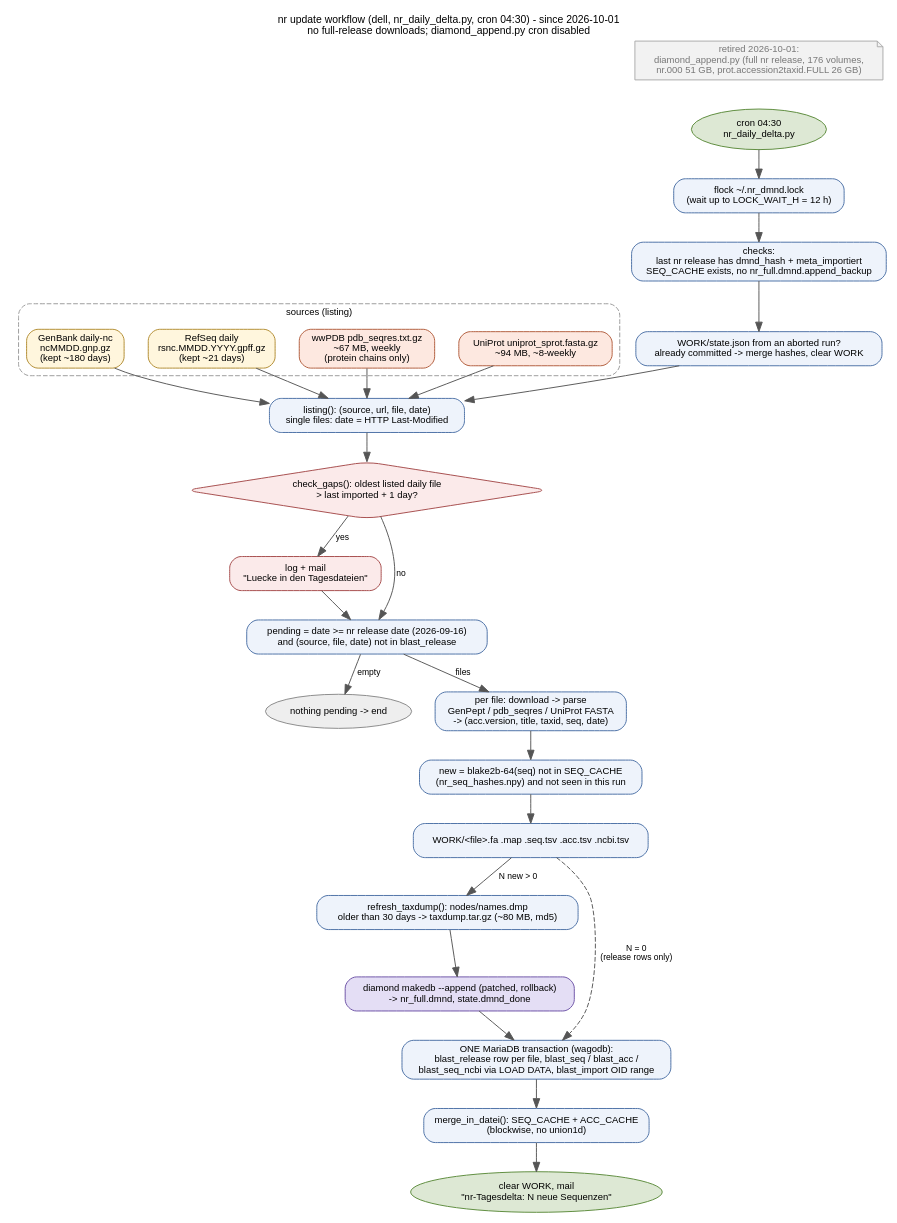
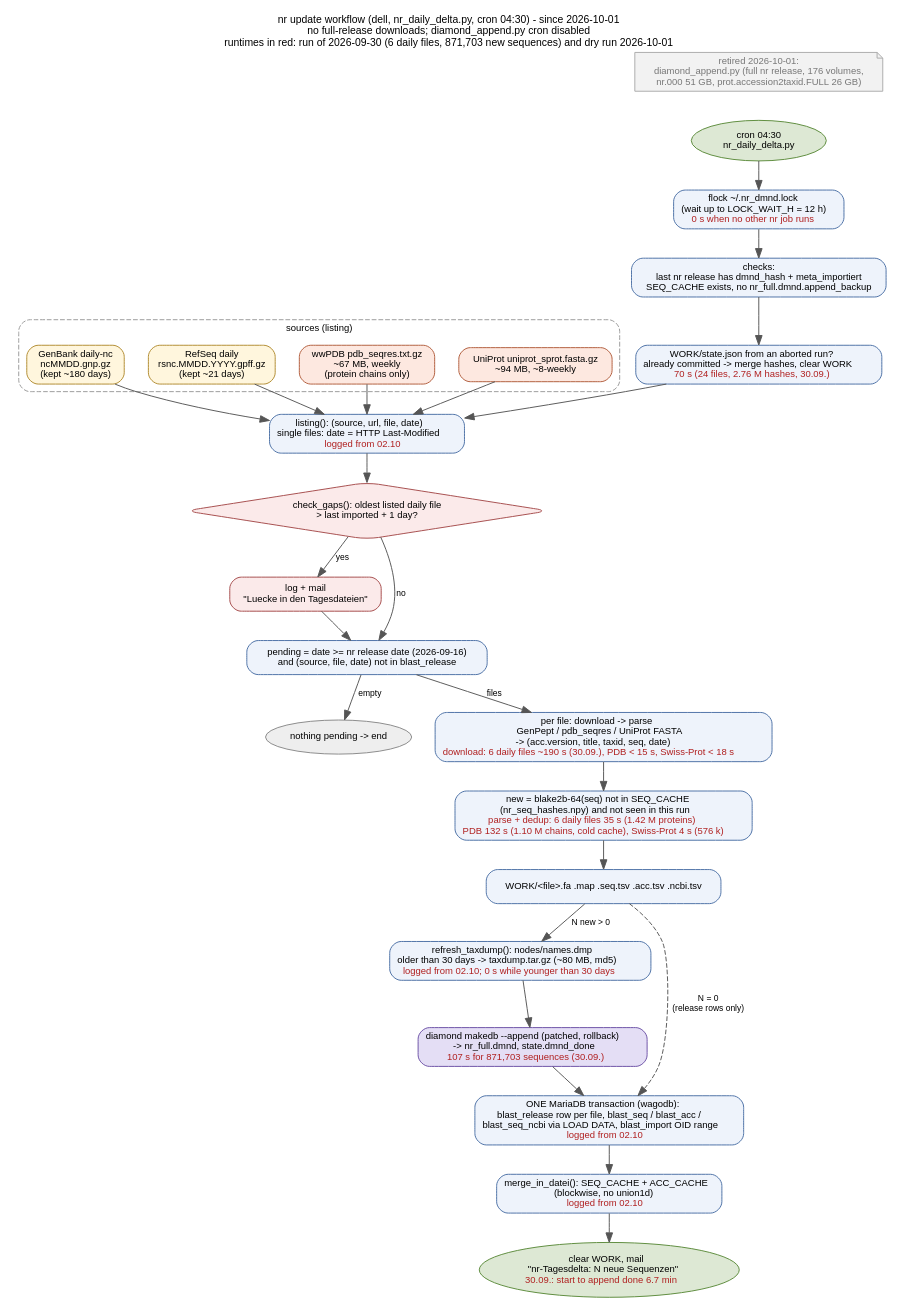
The diagram in doc/append_workflow.dot (gerontec/blastDiamond), drawn with Graphviz before and after one commit. The commit also changed 7 other files, not shown here.

First line of the commit message:
examples: rep_newseq.py (new spike sequences, 90 days) with per-step runtimes; runtimes in the update chart

```diff
--- a/doc/append_workflow.dot
+++ b/doc/append_workflow.dot
@@ -1,53 +1,55 @@
 // nr update workflow since 2026-10-01: nr_daily_delta.py only (diamond_append.py retired)
+// runtimes: last complete run 2026-09-30 (6 daily files, 1.42 M proteins, 871,703 new) and the
+// dry run of the new sources on 2026-10-01; "logged from 02.10" = step timing added 2026-10-01
 // render: dot -Tpdf append_workflow.dot -o append_workflow.pdf
 digraph append_workflow {
     graph [rankdir=TB, fontname="Helvetica", fontsize=11, nodesep=0.35, ranksep=0.4,
-           label="nr update workflow (dell, nr_daily_delta.py, cron 04:30) - since 2026-10-01\nno full-release downloads; diamond_append.py cron disabled", labelloc=t];
+           label="nr update workflow (dell, nr_daily_delta.py, cron 04:30) - since 2026-10-01\nno full-release downloads; diamond_append.py cron disabled\nruntimes in red: run of 2026-09-30 (6 daily files, 871,703 new sequences) and dry run 2026-10-01", labelloc=t];
     node  [fontname="Helvetica", fontsize=10, shape=box, style="rounded,filled", fillcolor="#eef3fb", color="#4a6fa5"];
     edge  [fontname="Helvetica", fontsize=9, color="#555555"];
 
     cron   [label="cron 04:30\nnr_daily_delta.py", shape=oval, fillcolor="#dde8d4", color="#5a8a3a"];
-    lock   [label="flock ~/.nr_dmnd.lock\n(wait up to LOCK_WAIT_H = 12 h)"];
+    lock   [label=<flock ~/.nr_dmnd.lock<br/>(wait up to LOCK_WAIT_H = 12 h)<br/><font color="#b02020">0 s when no other nr job runs</font>>];
     pre    [label="checks:\nlast nr release has dmnd_hash + meta_importiert\nSEQ_CACHE exists, no nr_full.dmnd.append_backup"];
-    resume [label="WORK/state.json from an aborted run?\nalready committed -> merge hashes, clear WORK"];
+    resume [label=<WORK/state.json from an aborted run?<br/>already committed -&gt; merge hashes, clear WORK<br/><font color="#b02020">70 s (24 files, 2.76 M hashes, 30.09.)</font>>];
 
     subgraph cluster_src {
         label="sources (listing)"; fontsize=10; style="rounded,dashed"; color="#999999";
         gb  [label="GenBank daily-nc\nncMMDD.gnp.gz\n(kept ~180 days)", fillcolor="#fff6dd", color="#b08a2e"];
         rs  [label="RefSeq daily\nrsnc.MMDD.YYYY.gpff.gz\n(kept ~21 days)", fillcolor="#fff6dd", color="#b08a2e"];
         pdb [label="wwPDB pdb_seqres.txt.gz\n~67 MB, weekly\n(protein chains only)", fillcolor="#fde8e0", color="#b05a3a"];
         sp  [label="UniProt uniprot_sprot.fasta.gz\n~94 MB, ~8-weekly", fillcolor="#fde8e0", color="#b05a3a"];
     }
 
-    listing [label="listing(): (source, url, file, date)\nsingle files: date = HTTP Last-Modified"];
+    listing [label=<listing(): (source, url, file, date)<br/>single files: date = HTTP Last-Modified<br/><font color="#b02020">logged from 02.10</font>>];
     gaps    [label="check_gaps(): oldest listed daily file\n> last imported + 1 day?", shape=diamond, fillcolor="#fbeaea", color="#a54a4a"];
     gapmail [label="log + mail\n\"Luecke in den Tagesdateien\"", fillcolor="#fbeaea", color="#a54a4a"];
     pending [label="pending = date >= nr release date (2026-09-16)\nand (source, file, date) not in blast_release"];
     none    [label="nothing pending -> end", shape=oval, fillcolor="#eeeeee", color="#888888"];
 
-    perfile [label="per file: download -> parse\nGenPept / pdb_seqres / UniProt FASTA\n-> (acc.version, title, taxid, seq, date)"];
-    dedup   [label="new = blake2b-64(seq) not in SEQ_CACHE\n(nr_seq_hashes.npy) and not seen in this run"];
+    perfile [label=<per file: download -&gt; parse<br/>GenPept / pdb_seqres / UniProt FASTA<br/>-&gt; (acc.version, title, taxid, seq, date)<br/><font color="#b02020">download: 6 daily files ~190 s (30.09.), PDB &lt; 15 s, Swiss-Prot &lt; 18 s</font>>];
+    dedup   [label=<new = blake2b-64(seq) not in SEQ_CACHE<br/>(nr_seq_hashes.npy) and not seen in this run<br/><font color="#b02020">parse + dedup: 6 daily files 35 s (1.42 M proteins)<br/>PDB 132 s (1.10 M chains, cold cache), Swiss-Prot 4 s (576 k)</font>>];
     out     [label="WORK/<file>.fa .map .seq.tsv .acc.tsv .ncbi.tsv"];
 
-    tax     [label="refresh_taxdump(): nodes/names.dmp\nolder than 30 days -> taxdump.tar.gz (~80 MB, md5)"];
-    dmnd    [label="diamond makedb --append (patched, rollback)\n-> nr_full.dmnd, state.dmnd_done", fillcolor="#e4def5", color="#6a4fa5"];
-    meta    [label="ONE MariaDB transaction (wagodb):\nblast_release row per file, blast_seq / blast_acc /\nblast_seq_ncbi via LOAD DATA, blast_import OID range"];
-    caches  [label="merge_in_datei(): SEQ_CACHE + ACC_CACHE\n(blockwise, no union1d)"];
-    done    [label="clear WORK, mail\n\"nr-Tagesdelta: N neue Sequenzen\"", shape=oval, fillcolor="#dde8d4", color="#5a8a3a"];
+    tax     [label=<refresh_taxdump(): nodes/names.dmp<br/>older than 30 days -&gt; taxdump.tar.gz (~80 MB, md5)<br/><font color="#b02020">logged from 02.10; 0 s while younger than 30 days</font>>];
+    dmnd    [label=<diamond makedb --append (patched, rollback)<br/>-&gt; nr_full.dmnd, state.dmnd_done<br/><font color="#b02020">107 s for 871,703 sequences (30.09.)</font>>, fillcolor="#e4def5", color="#6a4fa5"];
+    meta    [label=<ONE MariaDB transaction (wagodb):<br/>blast_release row per file, blast_seq / blast_acc /<br/>blast_seq_ncbi via LOAD DATA, blast_import OID range<br/><font color="#b02020">logged from 02.10</font>>];
+    caches  [label=<merge_in_datei(): SEQ_CACHE + ACC_CACHE<br/>(blockwise, no union1d)<br/><font color="#b02020">logged from 02.10</font>>];
+    done    [label=<clear WORK, mail<br/>"nr-Tagesdelta: N neue Sequenzen"<br/><font color="#b02020">30.09.: start to append done 6.7 min</font>>, shape=oval, fillcolor="#dde8d4", color="#5a8a3a"];
 
     retired [label="retired 2026-10-01:\ndiamond_append.py (full nr release, 176 volumes,\nnr.000 51 GB, prot.accession2taxid.FULL 26 GB)", shape=note, fillcolor="#f2f2f2", color="#aaaaaa", fontcolor="#777777"];
 
     cron -> lock -> pre -> resume -> listing;
     gb -> listing; rs -> listing; pdb -> listing; sp -> listing;
     listing -> gaps;
     gaps -> gapmail [label="yes"];
     gaps -> pending [label="no"];
     gapmail -> pending;
     pending -> none [label="empty"];
     pending -> perfile [label="files"];
     perfile -> dedup -> out;
     out -> tax [label="N new > 0"];
     tax -> dmnd -> meta -> caches -> done;
     out -> meta [label="N = 0\n(release rows only)", style=dashed];
     retired -> cron [style=invis];
 }
```
